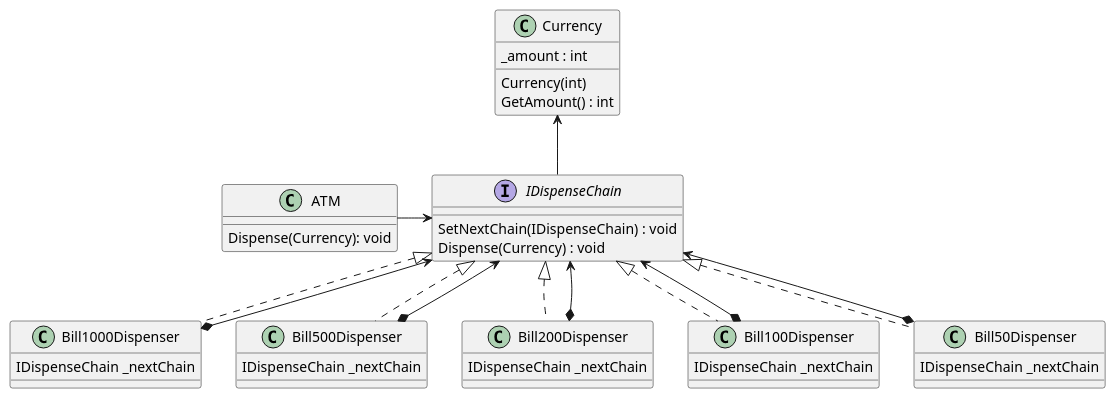
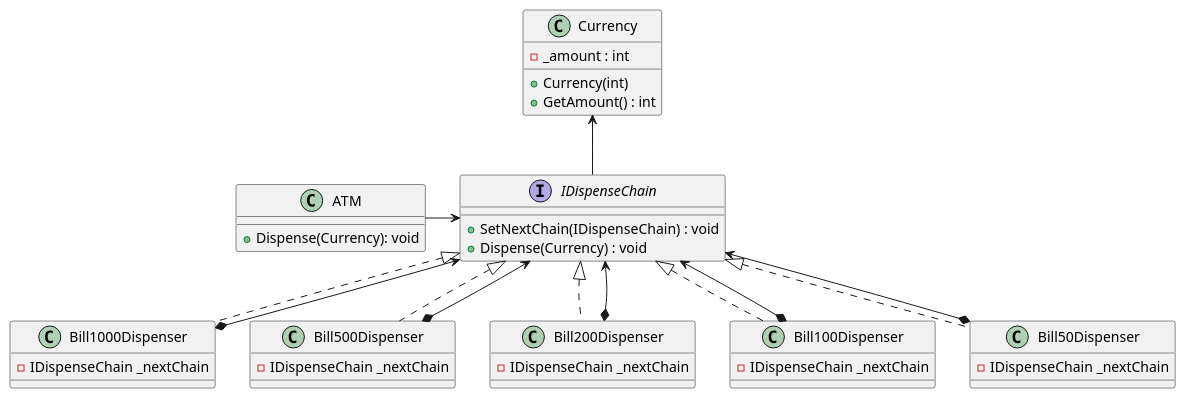
The diagram in MyT/Chain_of_responsibility/UML/classdiagram.puml (BjarkeKarlsen/SWD_Exercises), drawn with PlantUML before and after one commit. The commit also changed 51 other files, not shown here.

```diff
--- a/MyT/Chain_of_responsibility/UML/classdiagram.puml
+++ b/MyT/Chain_of_responsibility/UML/classdiagram.puml
@@ -1,57 +1,56 @@
 @startuml
 
 Class Bill1000Dispenser{
-    IDispenseChain _nextChain
+   -  IDispenseChain _nextChain
 }
 Class Bill500Dispenser
 {
-    IDispenseChain _nextChain
+    - IDispenseChain _nextChain
 }
 Class Bill200Dispenser
 {
-    IDispenseChain _nextChain
+    - IDispenseChain _nextChain
 }
 Class Bill100Dispenser
 {
-    IDispenseChain _nextChain
+   - IDispenseChain _nextChain
 }
 Class Bill50Dispenser
 {
-    IDispenseChain _nextChain
+    - IDispenseChain _nextChain
 }
 
 interface IDispenseChain
 {
- SetNextChain(IDispenseChain) : void
- Dispense(Currency) : void
-
+ + SetNextChain(IDispenseChain) : void
+ + Dispense(Currency) : void
 }
 class ATM 
 {
-    Dispense(Currency): void
+    + Dispense(Currency): void
 }
 class Currency
 {
-    _amount : int
-    Currency(int) 
-    GetAmount() : int
+    - _amount : int
+    + Currency(int) 
+    + GetAmount() : int
 }
 
 Bill1000Dispenser .u.|> IDispenseChain
 Bill500Dispenser .u.|> IDispenseChain
 Bill200Dispenser .u.|> IDispenseChain
 Bill100Dispenser .u.|> IDispenseChain
 Bill50Dispenser .u.|> IDispenseChain
 
 Bill1000Dispenser *-u-> IDispenseChain
 Bill500Dispenser *-u-> IDispenseChain
 Bill200Dispenser *-u-> IDispenseChain
 Bill100Dispenser *-u-> IDispenseChain
 Bill50Dispenser *-u-> IDispenseChain
 
 
 Currency <-- IDispenseChain
 
 ATM -r-> IDispenseChain
 
 @enduml
```
